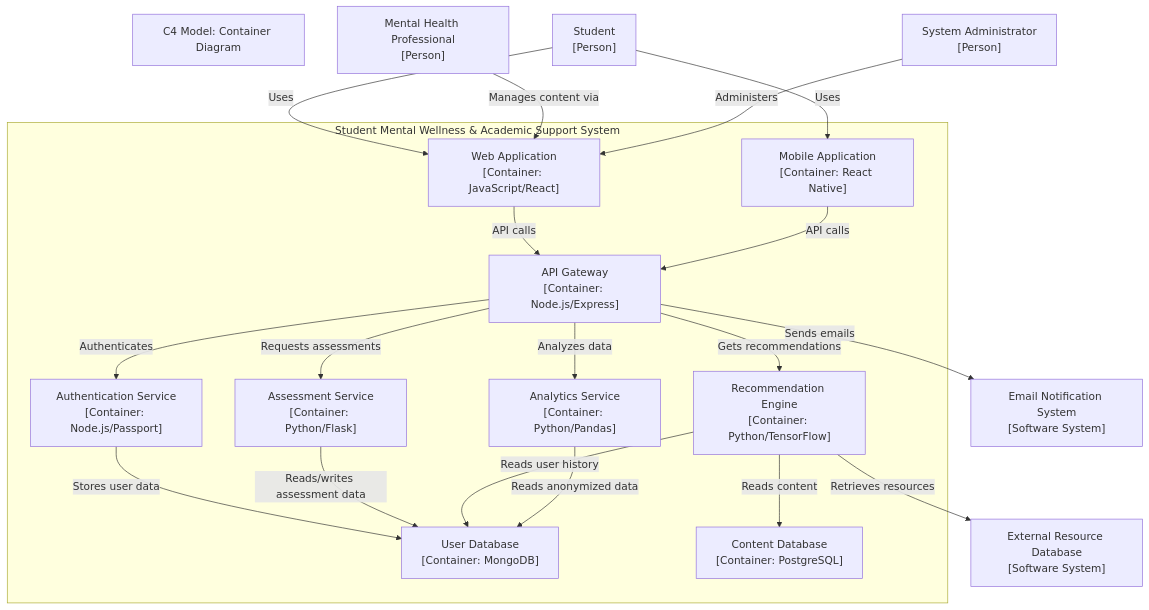
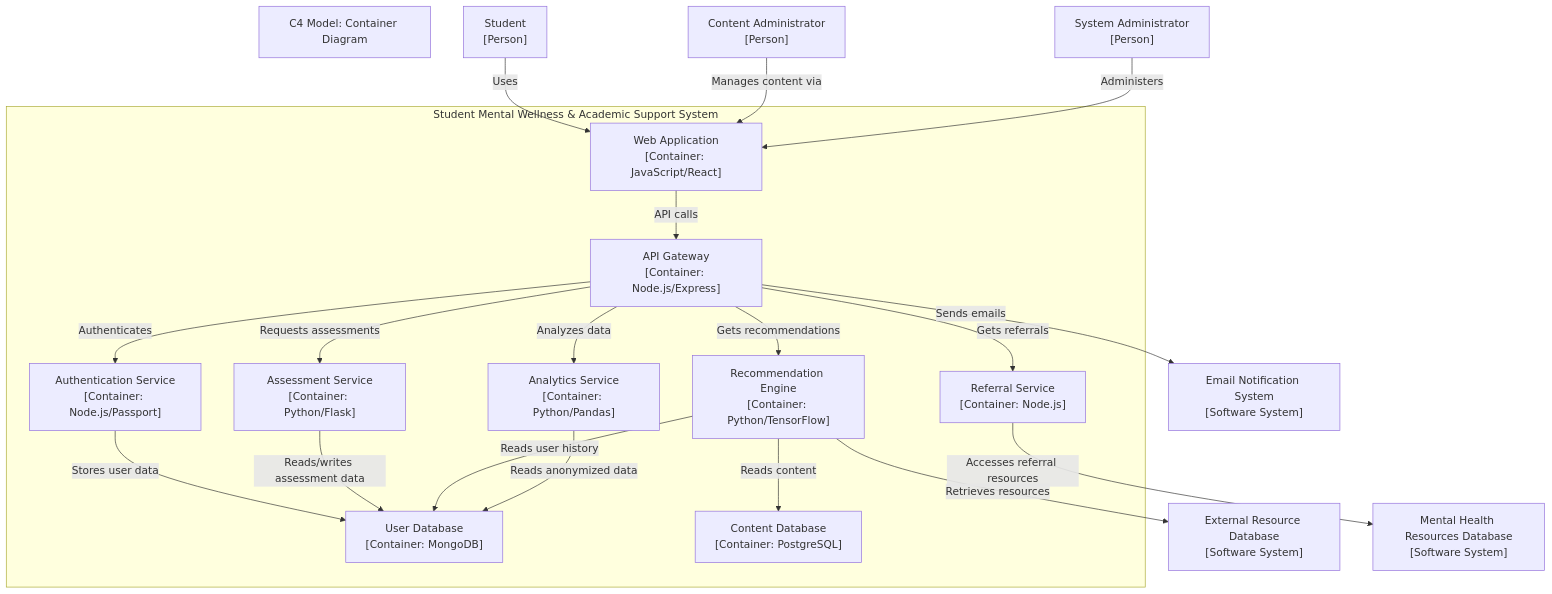
Before and after one commit to ZiyandaPetela/Student_Mental_Wellness_Academic_Support_System: the second of 4 diagrams in ARCHITECTURE.md, drawn with Mermaid.

````diff
--- a/ARCHITECTURE.md
+++ b/ARCHITECTURE.md
@@ -210,44 +210,45 @@
 ```mermaid
 graph TD
     title[C4 Model: Container Diagram]
     Student["Student\n[Person]"]
-    MentalHealthProfessional["Mental Health Professional\n[Person]"]
+    ContentAdmin["Content Administrator\n[Person]"]
     Administrator["System Administrator\n[Person]"]
     
     subgraph "Student Mental Wellness & Academic Support System"
         WebApp["Web Application\n[Container: JavaScript/React]"]
-        MobileApp["Mobile Application\n[Container: React Native]"]
         APIGateway["API Gateway\n[Container: Node.js/Express]"]
         AuthService["Authentication Service\n[Container: Node.js/Passport]"]
         AssessmentService["Assessment Service\n[Container: Python/Flask]"]
         RecommendationEngine["Recommendation Engine\n[Container: Python/TensorFlow]"]
         UserDatabase["User Database\n[Container: MongoDB]"]
         ContentDatabase["Content Database\n[Container: PostgreSQL]"]
         AnalyticsService["Analytics Service\n[Container: Python/Pandas]"]
+        ReferralService["Referral Service\n[Container: Node.js]"]
     end
     
     EmailSystem["Email Notification System\n[Software System]"]
     ResourceDB["External Resource Database\n[Software System]"]
+    ReferralDB["Mental Health Resources Database\n[Software System]"]
     
     Student -->|Uses| WebApp
-    Student -->|Uses| MobileApp
-    MentalHealthProfessional -->|Manages content via| WebApp
+    ContentAdmin -->|Manages content via| WebApp
     Administrator -->|Administers| WebApp
     
     WebApp -->|API calls| APIGateway
-    MobileApp -->|API calls| APIGateway
     
     APIGateway -->|Authenticates| AuthService
     APIGateway -->|Requests assessments| AssessmentService
     APIGateway -->|Gets recommendations| RecommendationEngine
     APIGateway -->|Analyzes data| AnalyticsService
+    APIGateway -->|Gets referrals| ReferralService
     
     AuthService -->|Stores user data| UserDatabase
     AssessmentService -->|Reads/writes assessment data| UserDatabase
     RecommendationEngine -->|Reads user history| UserDatabase
     RecommendationEngine -->|Reads content| ContentDatabase
     AnalyticsService -->|Reads anonymized data| UserDatabase
+    ReferralService -->|Accesses referral resources| ReferralDB
     
     APIGateway -->|Sends emails| EmailSystem
     RecommendationEngine -->|Retrieves resources| ResourceDB
 ```
````
